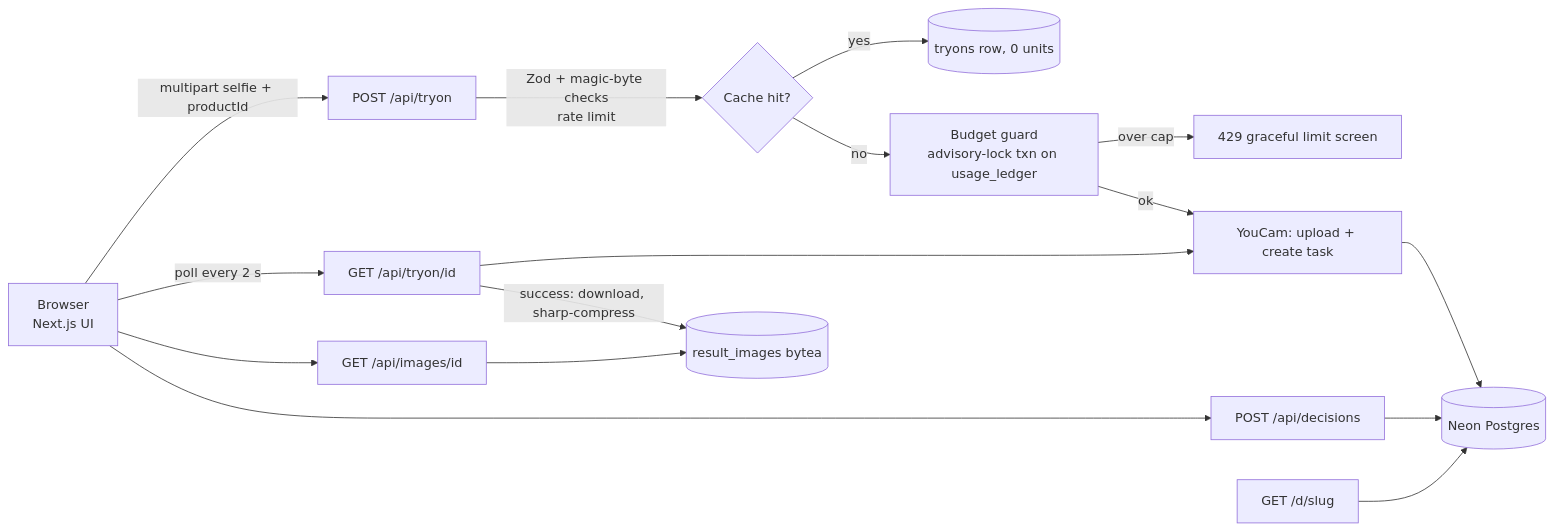
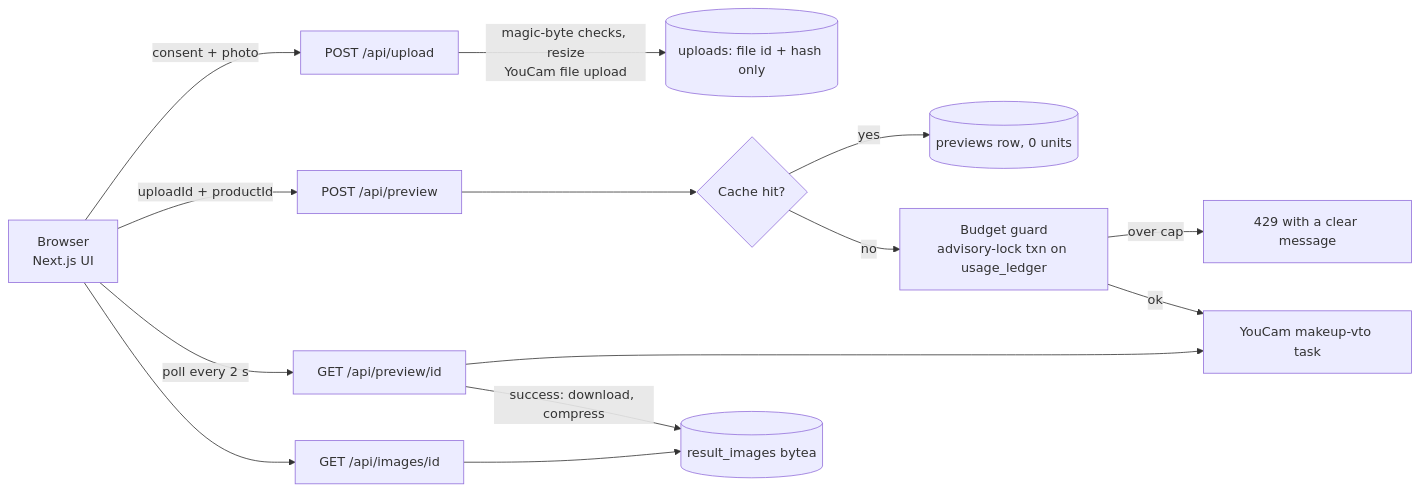
Before and after one commit to s-a-b-i/CounterReady: the diagram in README.md, drawn with Mermaid. The commit also changed other lines of this file and 145 other files, not shown here.

First line of the commit message:
CounterReady: budget-first makeup consultation with YouCam AI Makeup previews

````diff
--- a/README.md
+++ b/README.md
@@ -52,17 +50,16 @@
 ```mermaid
 flowchart LR
-  B[Browser<br/>Next.js UI] -- multipart selfie + productId --> T[POST /api/tryon]
-  T -->|Zod + magic-byte checks<br/>rate limit| G{Cache hit?}
-  G -- yes --> R[(tryons row, 0 units)]
+  B[Browser<br/>Next.js UI] -- consent + photo --> U[POST /api/upload]
+  U -->|magic-byte checks, resize<br/>YouCam file upload| UP[(uploads: file id + hash only)]
+  B -- uploadId + productId --> P[POST /api/preview]
+  P --> G{Cache hit?}
+  G -- yes --> R[(previews row, 0 units)]
   G -- no --> L[Budget guard<br/>advisory-lock txn on usage_ledger]
-  L -- over cap --> X[429 graceful limit screen]
-  L -- ok --> Y[YouCam: upload + create task]
-  Y --> D[(Neon Postgres)]
-  B -- poll every 2 s --> S[GET /api/tryon/id]
+  L -- over cap --> X[429 with a clear message]
+  L -- ok --> Y[YouCam makeup-vto task]
+  B -- poll every 2 s --> S[GET /api/preview/id]
   S --> Y
-  S -- success: download, sharp-compress --> I[(result_images bytea)]
+  S -- success: download, compress --> I[(result_images bytea)]
   B --> IMG[GET /api/images/id]
   IMG --> I
-  B --> DEC[POST /api/decisions] --> D
-  PUB[GET /d/slug] --> D
 ```
````
